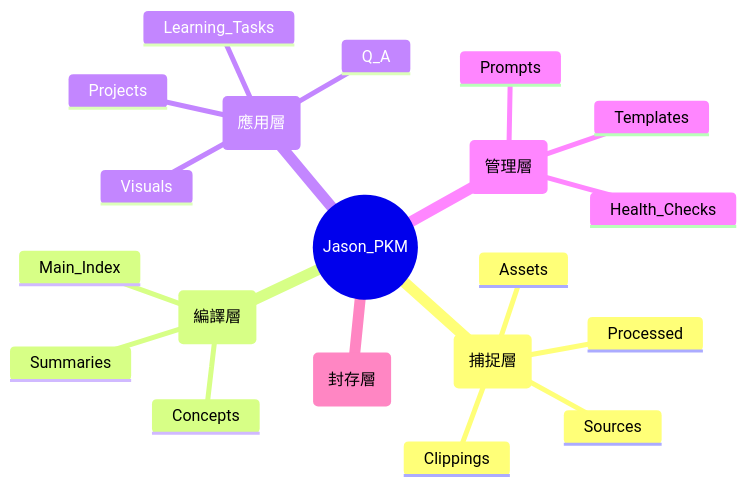
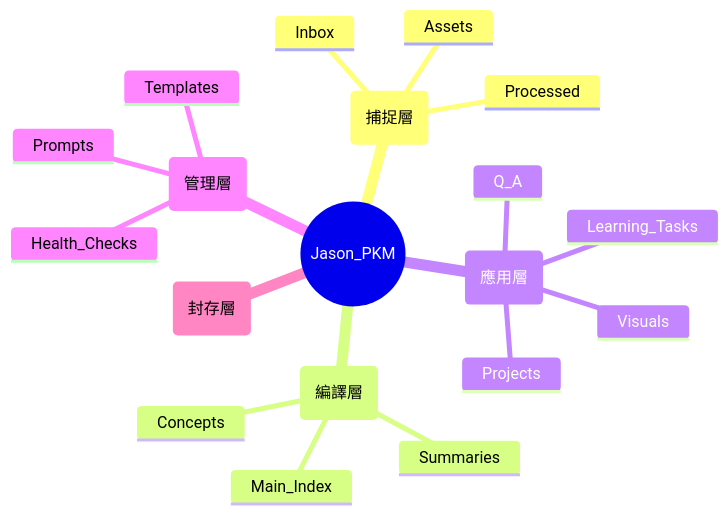
One commit to Jasonli1991/Another_Me_Architecture changed the diagram in README.md. Above: the diagram before and after it, drawn with Mermaid. The commit also changed other lines of this file and 10 other files, not shown here.

Commit message:
Public Release: Unified Inbox Architecture & Project Linkage SOP

````diff
--- a/README.md
+++ b/README.md
@@ -34,23 +34,22 @@
 ```mermaid
 mindmap
   root((Jason_PKM))
     00_Raw(捕捉層)
-      Clippings
-      Sources
+      Inbox
       Assets
       Processed
     01_Wiki(編譯層)
       Summaries
       Concepts
       Main_Index
     02_Outputs(應用層)
       Projects
       Learning_Tasks
       Q_A
       Visuals
     03_Meta(管理層)
       Prompts
       Templates
       Health_Checks
     04_Archive(封存層)
 ```
````
